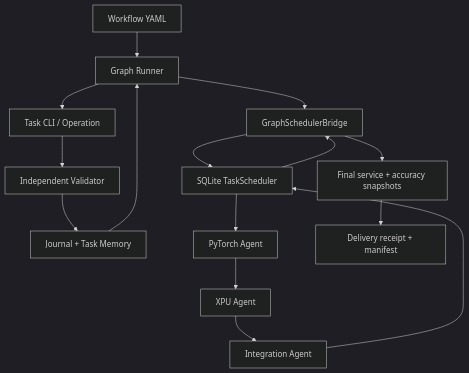
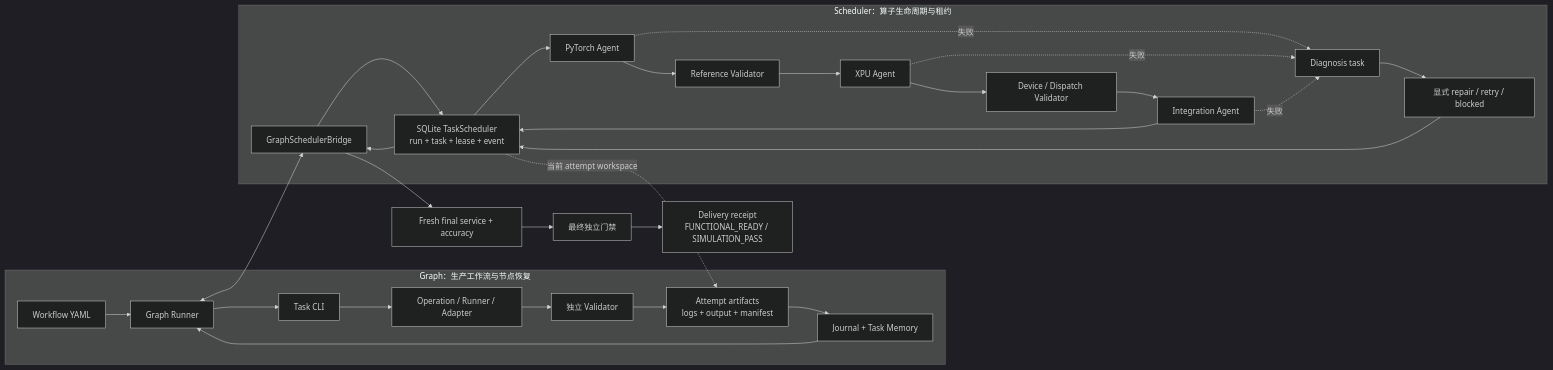
One commit to xyDong0223/infer-forge-harness changed the third of 3 diagrams in README.md. Above: the diagram before and after it, drawn with Mermaid (dark theme). The commit also changed other lines of this file, not shown here.

Commit message:
docs: update README workflow diagrams

````diff
--- a/README.md
+++ b/README.md
@@ -147,19 +171,35 @@
 ```mermaid
-flowchart TB
-    W["Workflow YAML"] --> G["Graph Runner"]
-    G --> T["Task CLI / Operation"]
-    T --> V["Independent Validator"]
-    V --> J["Journal + Task Memory"]
-    J --> G
+flowchart LR
+    subgraph GP["Graph：生产工作流与节点恢复"]
+        W["Workflow YAML"] --> G["Graph Runner"]
+        G --> T["Task CLI"]
+        T --> O["Operation / Runner / Adapter"]
+        O --> V["独立 Validator"]
+        V --> A["Attempt artifacts<br/>logs + output + manifest"]
+        A --> J["Journal + Task Memory"]
+        J --> G
+    end
 
-    G --> B["GraphSchedulerBridge"]
-    B --> S["SQLite TaskScheduler"]
-    S --> P["PyTorch Agent"]
-    P --> X["XPU Agent"]
-    X --> I["Integration Agent"]
-    I --> S
+    G <--> B["GraphSchedulerBridge"]
 
+    subgraph SP["Scheduler：算子生命周期与租约"]
+        B --> S["SQLite TaskScheduler<br/>run + task + lease + event"]
+        S --> P["PyTorch Agent"]
+        P --> PV["Reference Validator"]
+        PV --> X["XPU Agent"]
+        X --> XV["Device / Dispatch Validator"]
+        XV --> I["Integration Agent"]
+        I --> S
+        P -. 失败 .-> Q["Diagnosis task"]
+        X -. 失败 .-> Q
+        I -. 失败 .-> Q
+        Q --> R["显式 repair / retry / blocked"]
+        R --> S
+    end
+
+    S -. 当前 attempt workspace .-> A
     S --> B
-    B --> R["Final service + accuracy snapshots"]
-    R --> D["Delivery receipt + manifest"]
+    B --> F["Fresh final service + accuracy"]
+    F --> FV["最终独立门禁"]
+    FV --> D["Delivery receipt<br/>FUNCTIONAL_READY / SIMULATION_PASS"]
 ```
````
